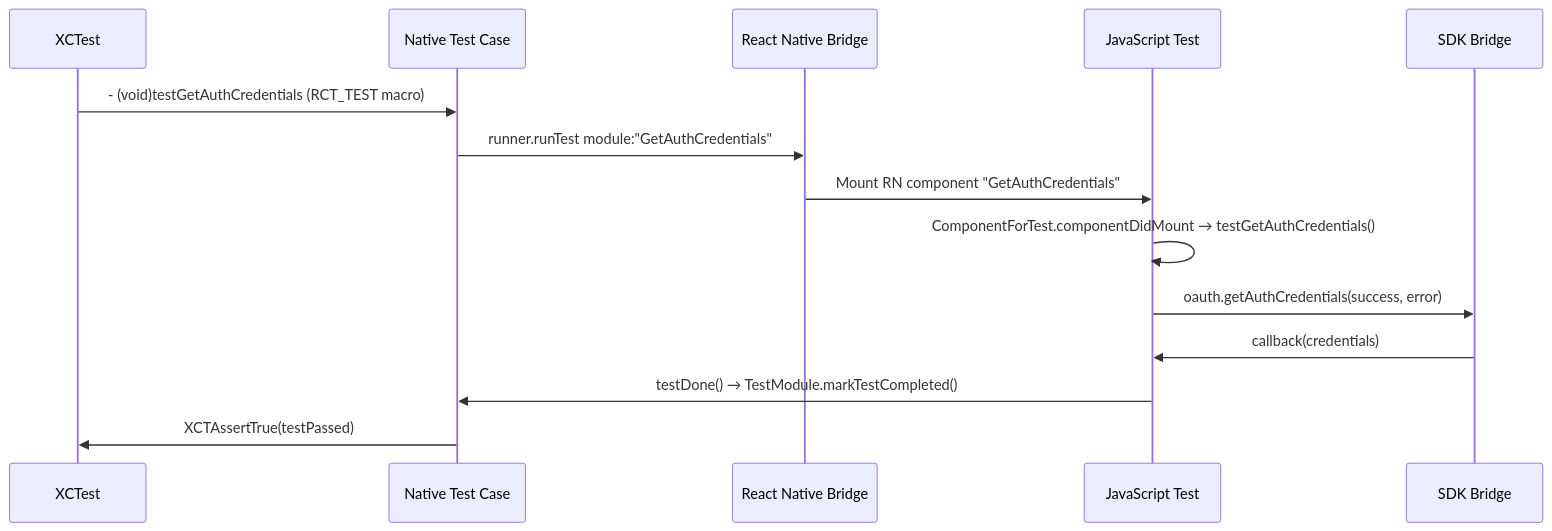
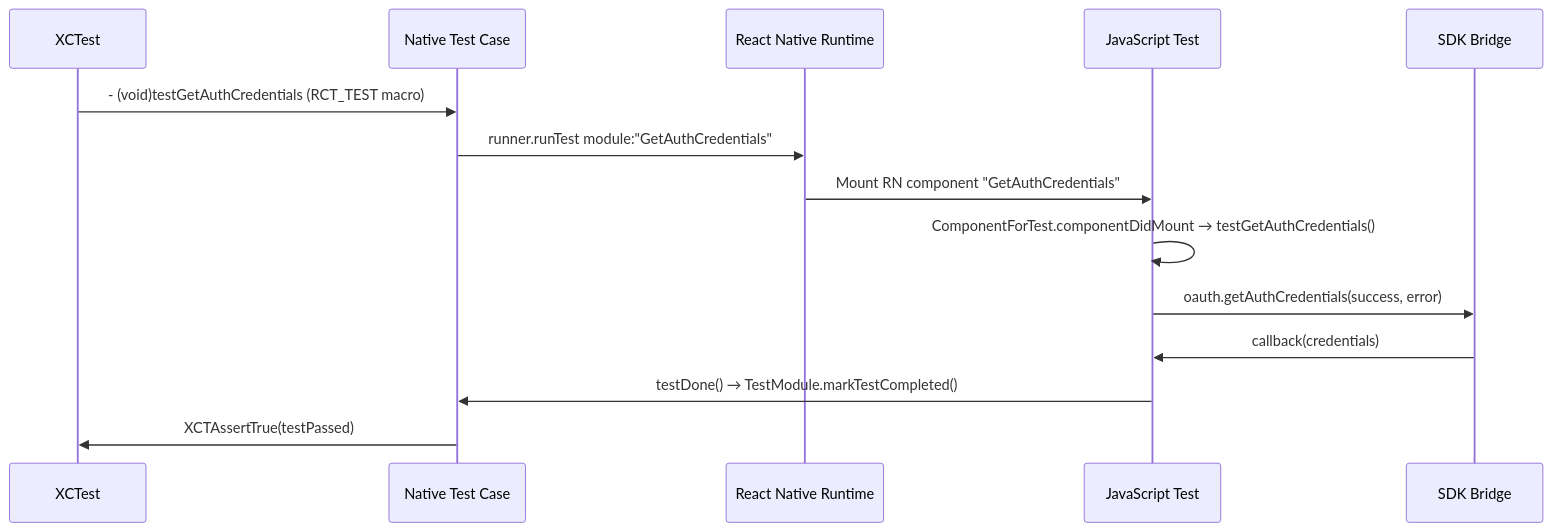
The second of 2 diagrams in docs/ios-tests/README.md (wmathurin/SalesforceMobileSDK-ReactNative), drawn with Mermaid before and after one commit. The commit also changed other lines of this file and 2 other files, not shown here.

Commit message:
Update docs: RN 0.82.1 version, RCTReactNativeFactory in test diagram

````diff
--- a/docs/ios-tests/README.md
+++ b/docs/ios-tests/README.md
@@ -221,17 +221,17 @@
 ```mermaid
 sequenceDiagram
     participant X as XCTest
     participant N as Native Test Case
-    participant RCT as React Native Bridge
+    participant RCT as React Native Runtime
     participant JS as JavaScript Test
     participant SDK as SDK Bridge
     
     X->>N: - (void)testGetAuthCredentials (RCT_TEST macro)
     N->>RCT: runner.runTest module:"GetAuthCredentials"
     RCT->>JS: Mount RN component "GetAuthCredentials"
     JS->>JS: ComponentForTest.componentDidMount → testGetAuthCredentials()
     JS->>SDK: oauth.getAuthCredentials(success, error)
     SDK->>JS: callback(credentials)
     JS->>N: testDone() → TestModule.markTestCompleted()
     N->>X: XCTAssertTrue(testPassed)
 ```
````
